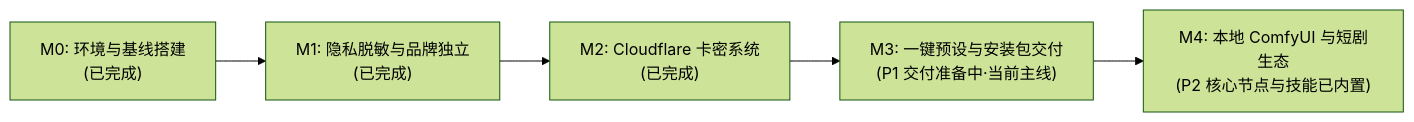
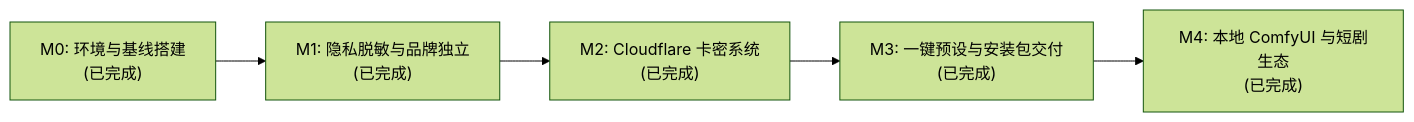
The diagram in requirement-doc/03_任务进度与里程碑.md (jiang225638/DramaAi), drawn with Mermaid (forest theme) before and after one commit. The commit also changed other lines of this file and 137 other files, not shown here.

````diff
--- a/requirement-doc/03_任务进度与里程碑.md
+++ b/requirement-doc/03_任务进度与里程碑.md
@@ -12,7 +12,7 @@
 ```mermaid
 flowchart LR
     M0["M0: 环境与基线搭建<br/>(已完成)"] --> M1["M1: 隐私脱敏与品牌独立<br/>(已完成)"]
     M1 --> M2["M2: Cloudflare 卡密系统<br/>(已完成)"]
-    M2 --> M3["M3: 一键预设与安装包交付<br/>(P1 交付准备中·当前主线)"]
-    M3 --> M4["M4: 本地 ComfyUI 与短剧生态<br/>(P2 核心节点与技能已内置)"]
+    M2 --> M3["M3: 一键预设与安装包交付<br/>(已完成)"]
+    M3 --> M4["M4: 本地 ComfyUI 与短剧生态<br/>(已完成)"]
 ```
````
